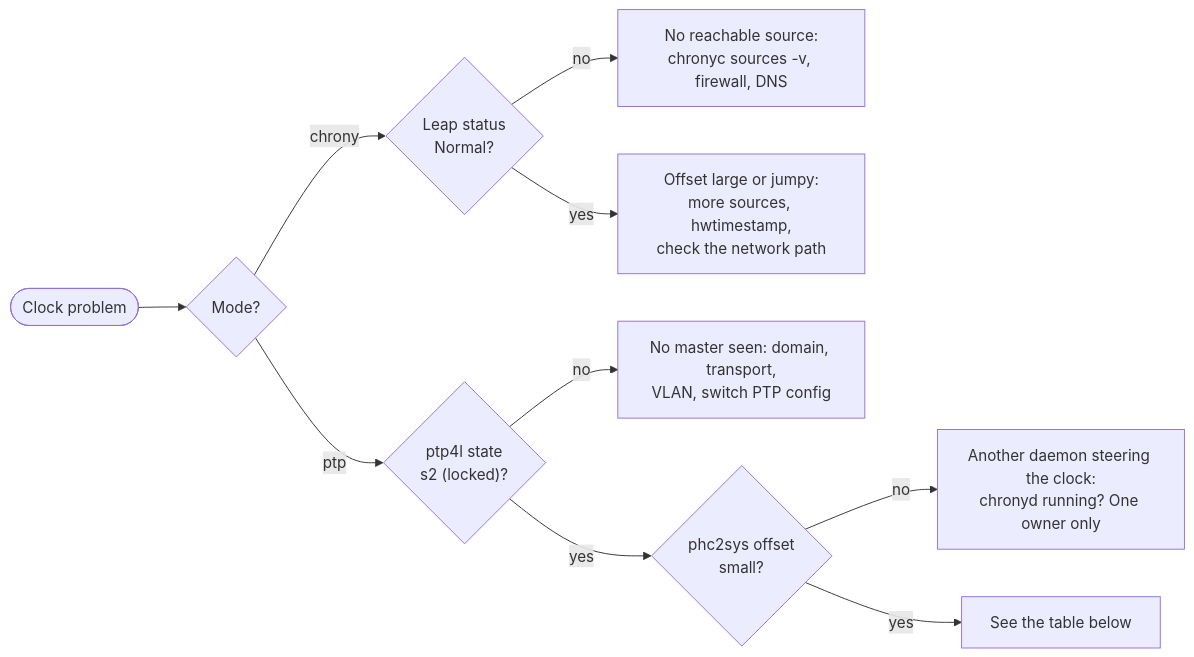
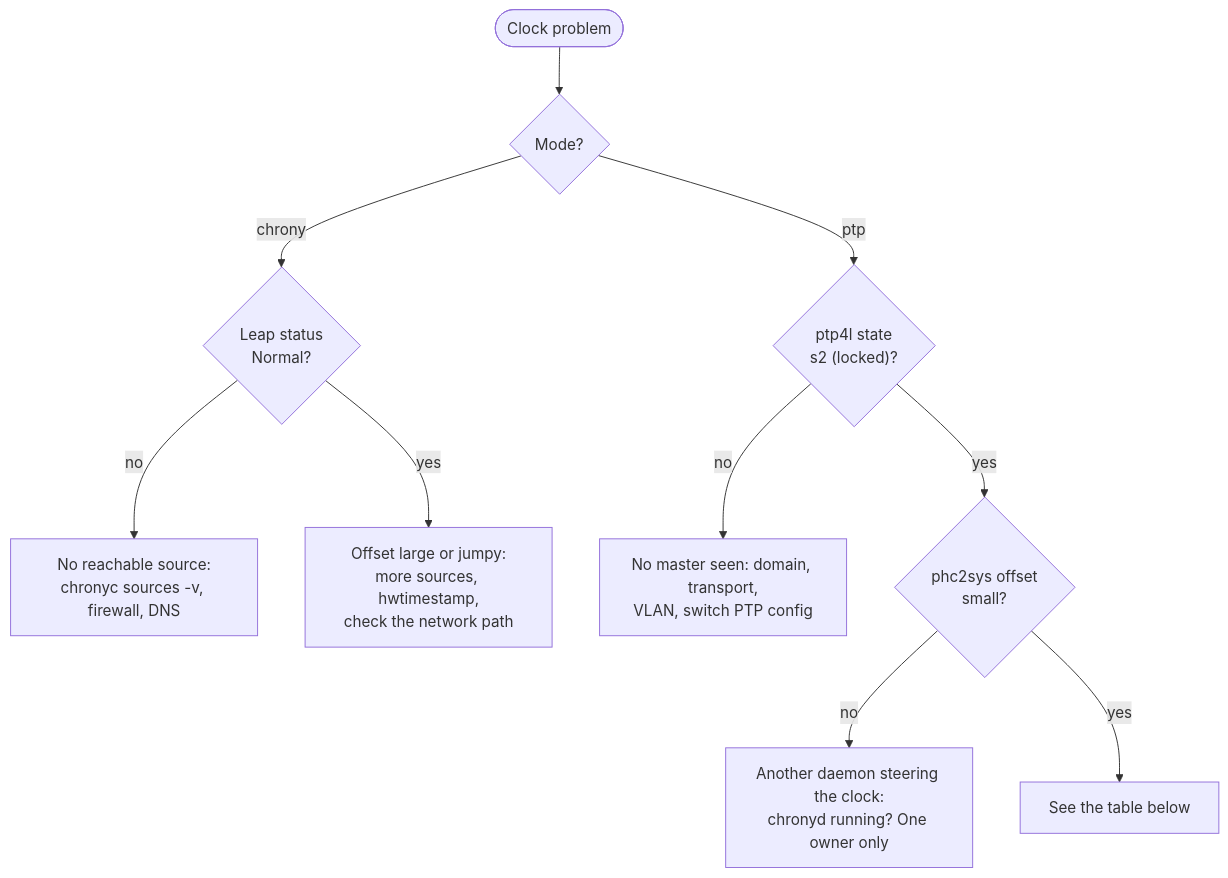
Before and after one commit to vitor-tadashi/mechanical-sympathy: the fourth of 4 diagrams in guides/10-time-sync.md, drawn with Mermaid. The commit also changed other lines of this file and 12 other files, not shown here.

````diff
--- a/guides/10-time-sync.md
+++ b/guides/10-time-sync.md
@@ -183,12 +195,12 @@
 ```mermaid
-flowchart LR
+flowchart TD
   s(["Clock problem"]) --> m{"Mode?"}
   m -- chrony --> c1{"Leap status<br/>Normal?"}
   c1 -- no --> f1["No reachable source:<br/>chronyc sources -v, firewall, DNS"]
   c1 -- yes --> f2["Offset large or jumpy:<br/>more sources, hwtimestamp,<br/>check the network path"]
   m -- ptp --> p1{"ptp4l state<br/>s2 (locked)?"}
   p1 -- no --> f3["No master seen: domain, transport,<br/>VLAN, switch PTP config"]
   p1 -- yes --> p2{"phc2sys offset<br/>small?"}
   p2 -- no --> f4["Another daemon steering the clock:<br/>chronyd running? One owner only"]
   p2 -- yes --> f5["See the table below"]
 ```
````
